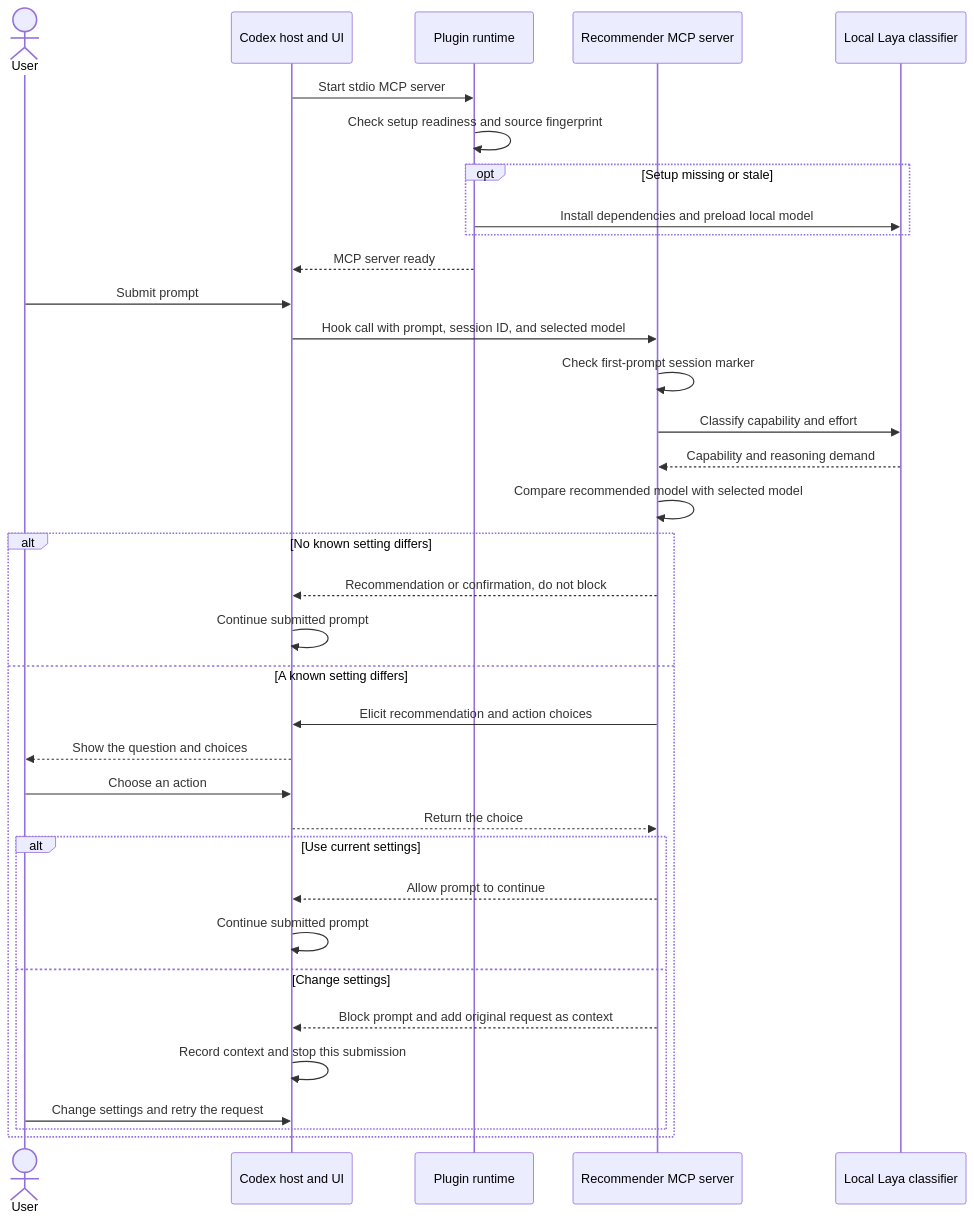
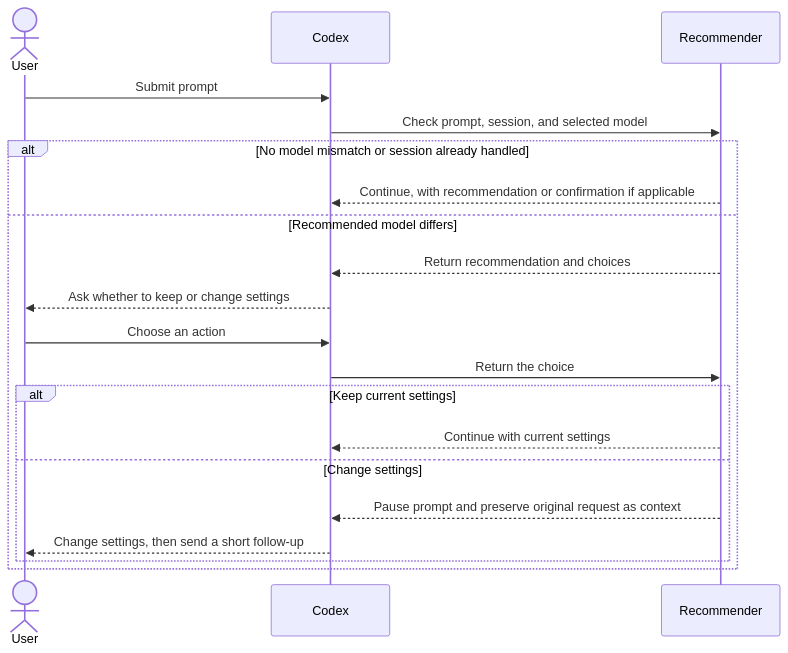
Before and after one commit to pedromfmachado/laya-model-recommender: the diagram in ARCHITECTURE.md, drawn with Mermaid.

Commit message:
Clarify model-only recommendation flow in architecture

````diff
--- a/ARCHITECTURE.md
+++ b/ARCHITECTURE.md
@@ -17,40 +17,24 @@
 ```mermaid
 sequenceDiagram
     actor User
-    participant Codex as Codex host and UI
-    participant Runtime as Plugin runtime
-    participant MCP as Recommender MCP server
-    participant Laya as Local Laya classifier
-
-    Codex->>Runtime: Start stdio MCP server
-    Runtime->>Runtime: Check setup readiness and source fingerprint
-    opt Setup missing or stale
-        Runtime->>Laya: Install dependencies and preload local model
-    end
-    Runtime-->>Codex: MCP server ready
+    participant Codex
+    participant MCP as Recommender
 
     User->>Codex: Submit prompt
-    Codex->>MCP: Hook call with prompt, session ID, and selected model
-    MCP->>MCP: Check first-prompt session marker
-    MCP->>Laya: Classify capability and effort
-    Laya-->>MCP: Capability and reasoning demand
-    MCP->>MCP: Compare recommended model with selected model
+    Codex->>MCP: Check prompt, session, and selected model
 
-    alt No known setting differs
-        MCP-->>Codex: Recommendation or confirmation, do not block
-        Codex->>Codex: Continue submitted prompt
-    else A known setting differs
-        MCP->>Codex: Elicit recommendation and action choices
-        Codex-->>User: Show the question and choices
+    alt No model mismatch or session already handled
+        MCP-->>Codex: Continue, with recommendation or confirmation if applicable
+    else Recommended model differs
+        MCP-->>Codex: Return recommendation and choices
+        Codex-->>User: Ask whether to keep or change settings
         User->>Codex: Choose an action
-        Codex-->>MCP: Return the choice
-        alt Use current settings
-            MCP-->>Codex: Allow prompt to continue
-            Codex->>Codex: Continue submitted prompt
+        Codex->>MCP: Return the choice
+        alt Keep current settings
+            MCP-->>Codex: Continue with current settings
         else Change settings
-            MCP-->>Codex: Block prompt and add original request as context
-            Codex->>Codex: Record context and stop this submission
-            User->>Codex: Change settings and retry the request
+            MCP-->>Codex: Pause prompt and preserve original request as context
+            Codex-->>User: Change settings, then send a short follow-up
         end
     end
 ```
````
